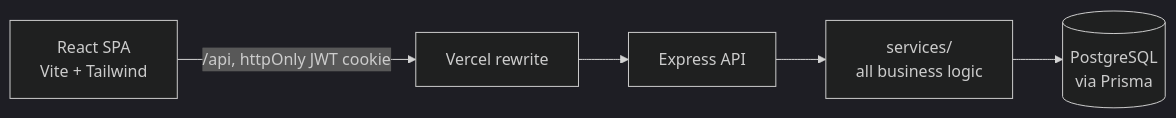
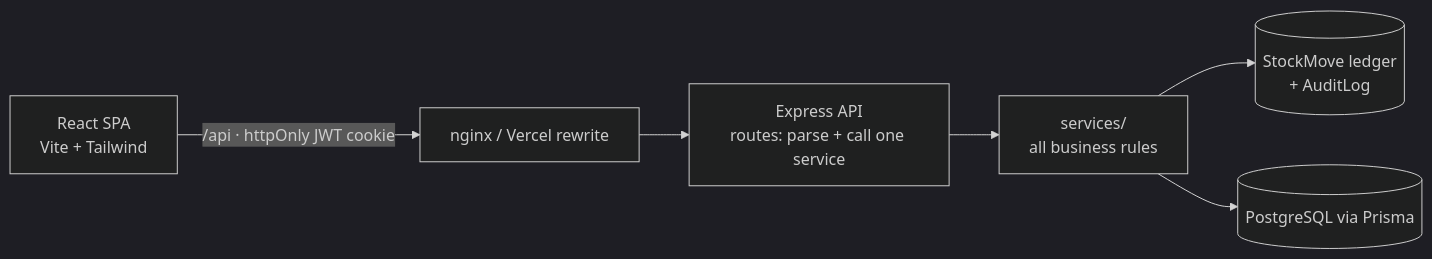
The diagram in README.md (InfernoAnant/Mini_ERP), drawn with Mermaid (dark theme) before and after one commit. The commit also changed other lines of this file, not shown here.

````diff
--- a/README.md
+++ b/README.md
@@ -54,7 +81,8 @@
 ```mermaid
 flowchart LR
-  B[React SPA<br/>Vite + Tailwind] -->|/api, httpOnly JWT cookie| V[Vercel rewrite]
-  V --> E[Express API]
-  E --> S[services/<br/>all business logic]
-  S --> P[(PostgreSQL<br/>via Prisma)]
+  B[React SPA<br/>Vite + Tailwind] -->|/api · httpOnly JWT cookie| R[nginx / Vercel rewrite]
+  R --> E[Express API<br/>routes: parse + call one service]
+  E --> S[services/<br/>all business rules]
+  S --> L[(StockMove ledger<br/>+ AuditLog)]
+  S --> P[(PostgreSQL via Prisma)]
 ```
````
